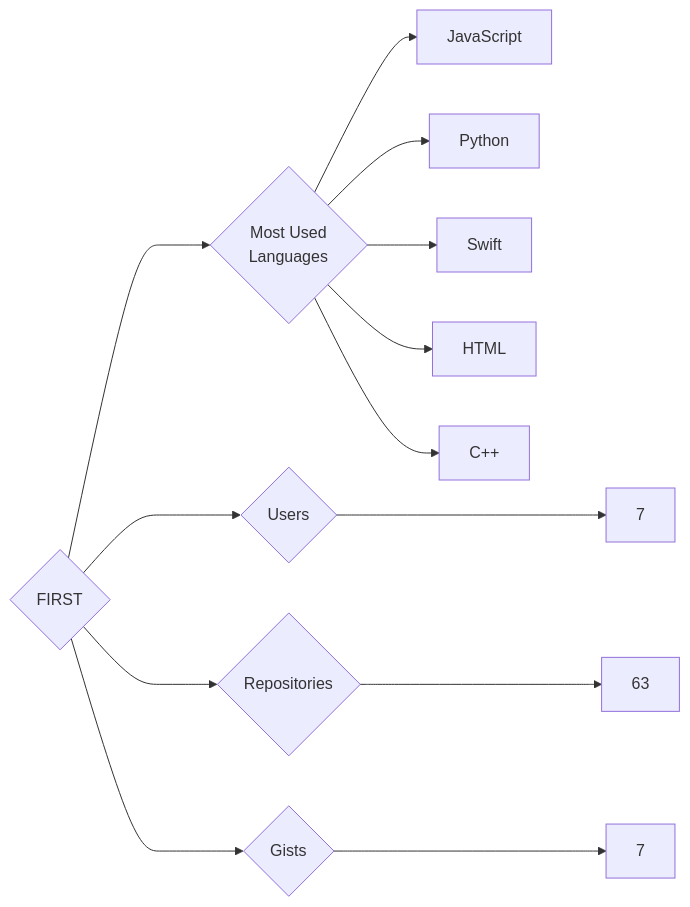
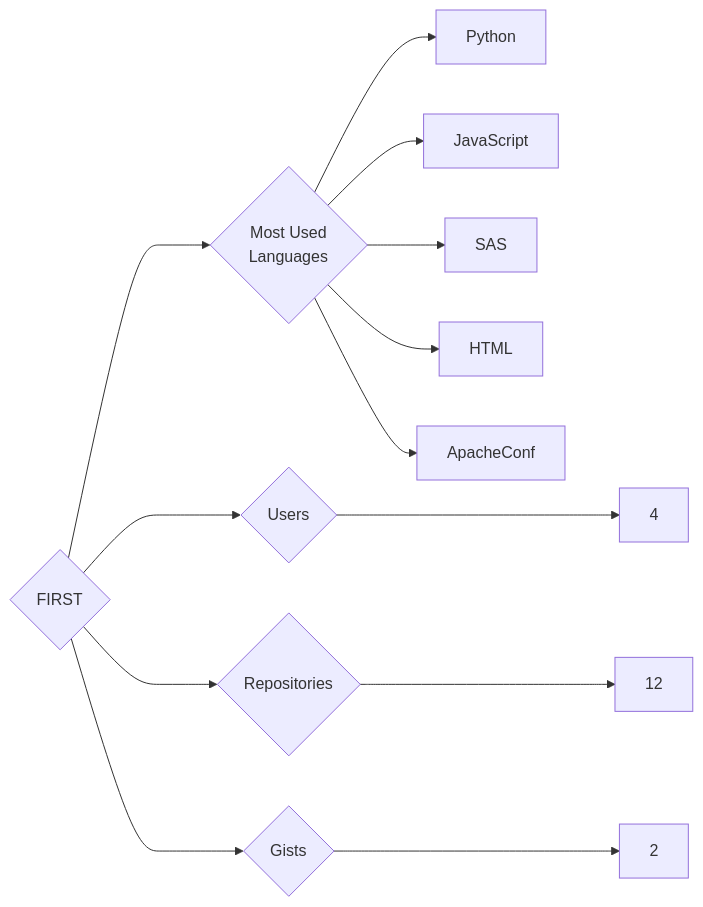
One commit to trickest/insiders changed the diagram in targets/FIRST/README.md. Above: the diagram before and after it, drawn with Mermaid. The commit also changed 997 other files, not shown here.

````diff
--- a/targets/FIRST/README.md
+++ b/targets/FIRST/README.md
@@ -3,13 +3,13 @@
 ```mermaid
 graph LR
 COMPANY_NAME{FIRST}
-COMPANY_NAME ---> U{Users} ---> UN[7]
-COMPANY_NAME ---> R{Repositories} ---> RN[63]
-COMPANY_NAME ---> G{Gists} ---> GN[7]
+COMPANY_NAME ---> U{Users} ---> UN[4]
+COMPANY_NAME ---> R{Repositories} ---> RN[12]
+COMPANY_NAME ---> G{Gists} ---> GN[2]
 COMPANY_NAME ---> ML{Most Used<br>Languages}
+ML --> Python[Python]
 ML --> JavaScript[JavaScript]
-ML --> Python[Python]
-ML --> Swift[Swift]
+ML --> SAS[SAS]
 ML --> HTML[HTML]
-ML --> C++[C++]
+ML --> ApacheConf[ApacheConf]
 ```
````
